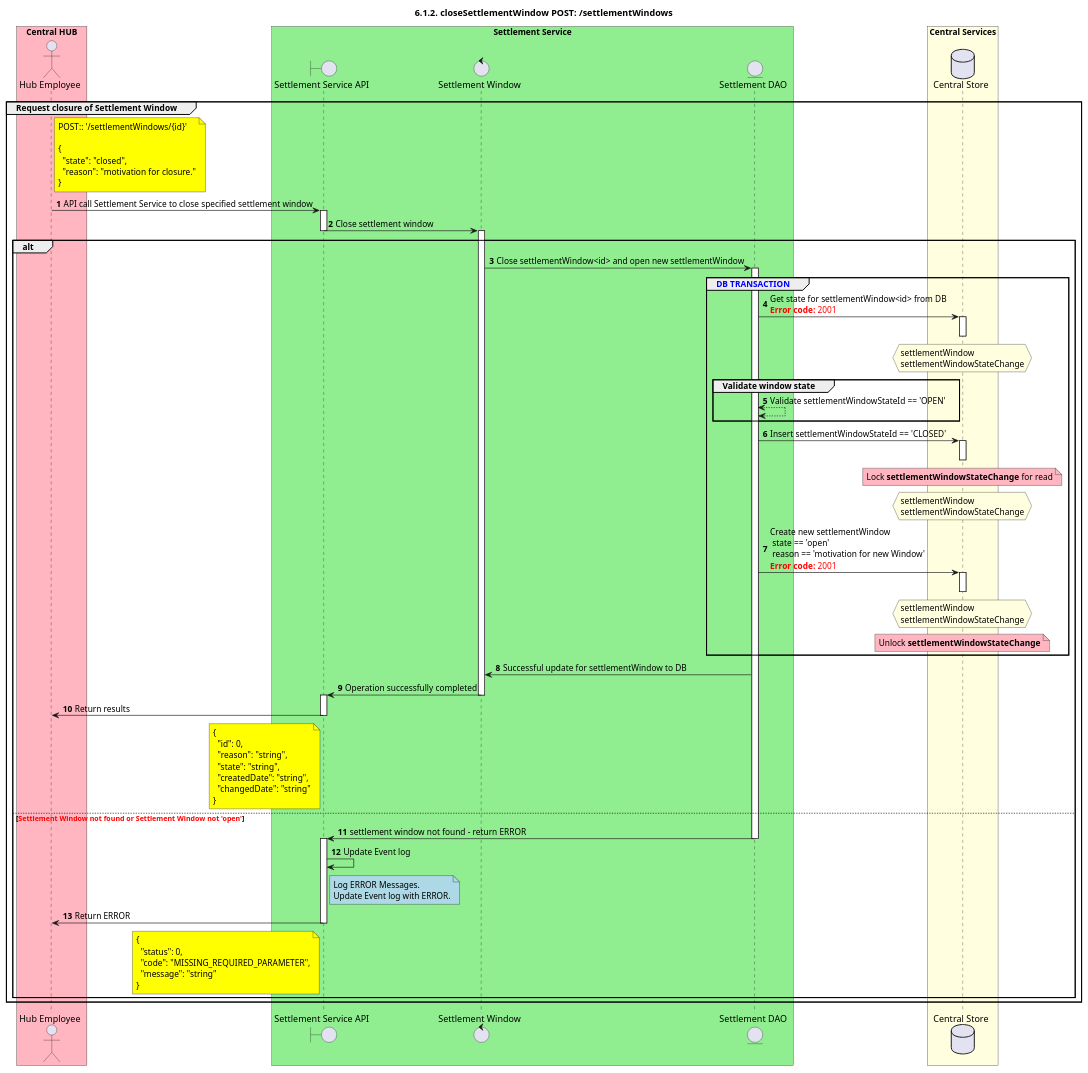
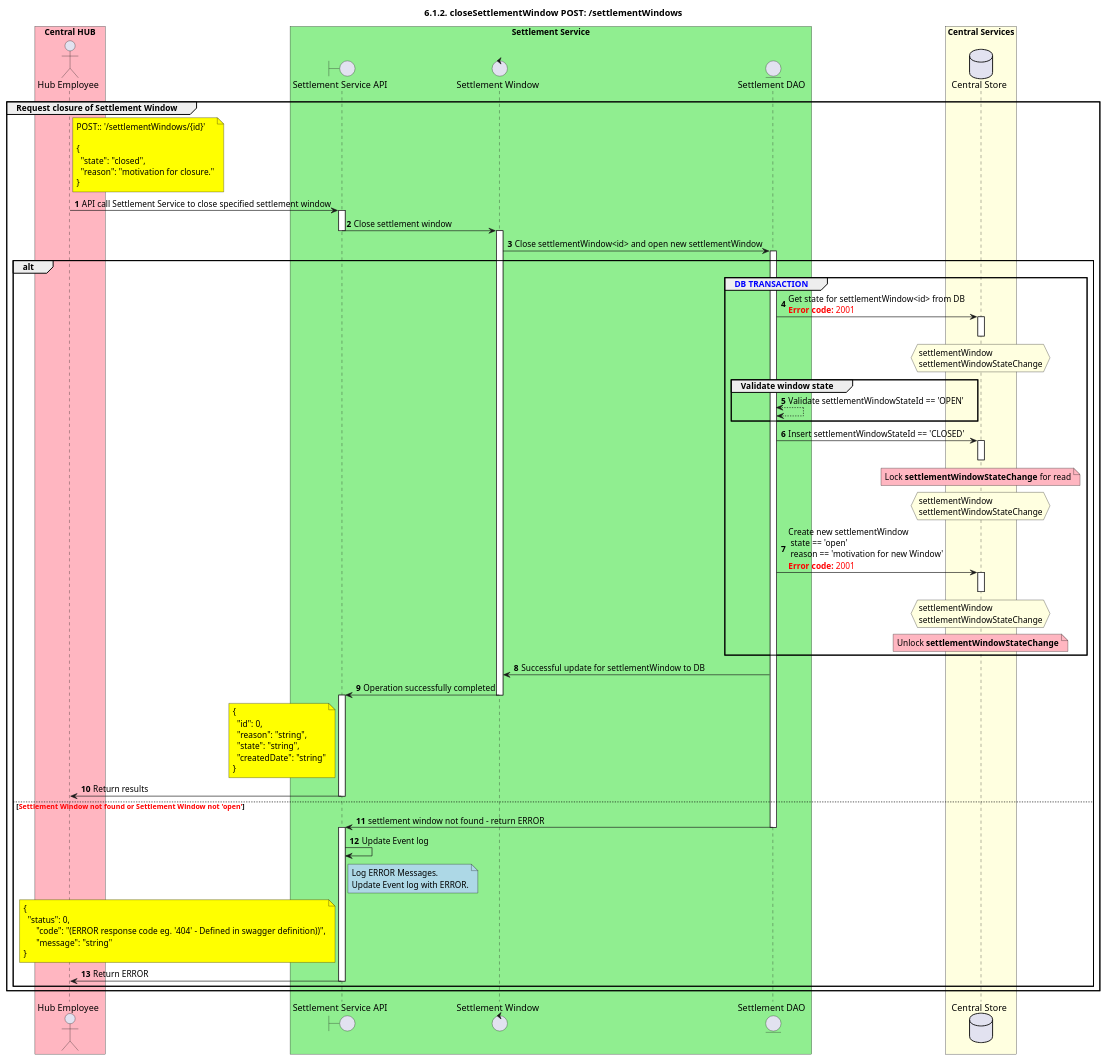
Before and after one commit to HenkKodde/docs: the diagram in CentralServices/seq_diagrams/seq-settleWindow-6.2.1.plantuml, drawn with PlantUML. The commit also changed 8 other files, not shown here.

```diff
--- a/CentralServices/seq_diagrams/seq-settleWindow-6.2.1.plantuml
+++ b/CentralServices/seq_diagrams/seq-settleWindow-6.2.1.plantuml
@@ -1,121 +1,120 @@
 @startuml
 ' declate title
 title 6.1.2. closeSettlementWindow POST: /settlementWindows
 
 autonumber
 
 ' Actor Keys:
 
 ' declare actors
 
 actor "Hub Employee" as OPERATOR
 
 boundary "Settlement Service API" as SSAPI
 control "Settlement Window" as SETTLEWINDOW
 entity "Settlement DAO" as SETTLE_DAO
 
 database "Central Store" as DB
 
 box "Central HUB" #LightPink
     participant OPERATOR
 end box
 
 box "Settlement Service" #LightGreen
     participant SSAPI
     participant SETTLEWINDOW
     participant SETTLE_DAO
 end box
 
 box "Central Services" #LightYellow
     participant DB
 end box
 
 ' start flow
 
 group Request closure of Settlement Window
     note right of OPERATOR #Yellow
         POST:: '/settlementWindows/{id}'
 
         {
           "state": "closed",
           "reason": "motivation for closure."
         }
     end note
     OPERATOR -> SSAPI: API call Settlement Service to close specified settlement window
     activate SSAPI
     SSAPI -> SETTLEWINDOW: Close settlement window
     deactivate SSAPI
     activate SETTLEWINDOW
+        SETTLEWINDOW -> SETTLE_DAO: Close settlementWindow<id> and open new settlementWindow
     alt
-        SETTLEWINDOW -> SETTLE_DAO: Close settlementWindow<id> and open new settlementWindow
         activate SETTLE_DAO
         group <color #blue>DB TRANSACTION</color>
             SETTLE_DAO -> DB: Get state for settlementWindow<id> from DB \n<color #FF0000><b>Error code:</b> 2001</color>
             activate DB
             hnote over DB #LightYellow
                 settlementWindow
                 settlementWindowStateChange
             end hnote
             deactivate DB
             group Validate window state
                 SETTLE_DAO <--> SETTLE_DAO: Validate settlementWindowStateId == 'OPEN'
             end
                 SETTLE_DAO -> DB: Insert settlementWindowStateId == 'CLOSED'
                 note over DB #Lightpink
                 Lock **settlementWindowStateChange** for read
                 end note
             activate DB
                 hnote over DB #LightYellow
                 settlementWindow
                 settlementWindowStateChange
                 end hnote
             deactivate DB
 
             SETTLE_DAO -> DB: Create new settlementWindow \n state == 'open'\n reason == 'motivation for new Window' \n<color #FF0000><b>Error code:</b> 2001</color>
             activate DB
                 hnote over DB #LightYellow
                 settlementWindow
                 settlementWindowStateChange
                 end hnote
             deactivate DB
                 note over DB #Lightpink
                 Unlock **settlementWindowStateChange**
                 end note
         end
         SETTLEWINDOW <- SETTLE_DAO: Successful update for settlementWindow to DB
     SSAPI <- SETTLEWINDOW: Operation successfully completed
     deactivate SETTLEWINDOW
     activate SSAPI
-    OPERATOR <- SSAPI: Return results
         note left of SSAPI #Yellow
         {
           "id": 0,
           "reason": "string",
           "state": "string",
-          "createdDate": "string",
-          "changedDate": "string"
+          "createdDate": "string"
         }
         end note
+    OPERATOR <- SSAPI: Return results
     deactivate SSAPI
     else <color #FF0000><b>Settlement Window not found or Settlement Window not 'open'</b></color>
 
     SETTLE_DAO -> SSAPI: settlement window not found - return ERROR
     deactivate SETTLE_DAO
     activate SSAPI
     SSAPI -> SSAPI: Update Event log
     note right of SSAPI #LightBlue
         Log ERROR Messages.
         Update Event log with ERROR.
     end note
-    OPERATOR <- SSAPI: Return ERROR
     note left of SSAPI #Yellow
         {
           "status": 0,
-          "code": "MISSING_REQUIRED_PARAMETER",
-          "message": "string"
+              "code": "(ERROR response code eg. '404' - Defined in swagger definition))",
+              "message": "string"
         }
     end note
+    OPERATOR <- SSAPI: Return ERROR
     deactivate SSAPI
     end
 end
 @enduml
```
